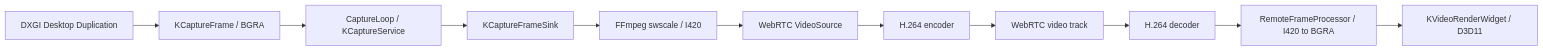
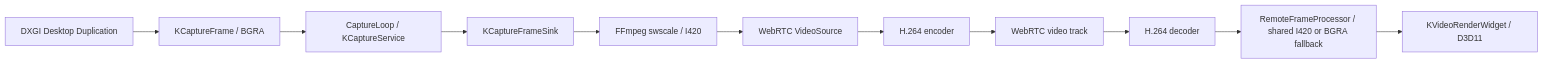
Before and after one commit to lyn-un/winRemoteControl: the diagram in docs/media/video-pipeline.md, drawn with Mermaid. The commit also changed other lines of this file and 20 other files, not shown here.

````diff
--- a/docs/media/video-pipeline.md
+++ b/docs/media/video-pipeline.md
@@ -5,13 +5,13 @@
 ```mermaid
 flowchart LR
     DXGI["DXGI Desktop Duplication"] --> BGRA["KCaptureFrame / BGRA"]
     BGRA --> LOOP["CaptureLoop / KCaptureService"]
     LOOP --> SINK["KCaptureFrameSink"]
     SINK --> I420["FFmpeg swscale / I420"]
     I420 --> SOURCE["WebRTC VideoSource"]
     SOURCE --> ENC["H.264 encoder"]
     ENC --> RTC["WebRTC video track"]
     RTC --> DEC["H.264 decoder"]
-    DEC --> PROCESS["RemoteFrameProcessor / I420 to BGRA"]
+    DEC --> PROCESS["RemoteFrameProcessor / shared I420 or BGRA fallback"]
     PROCESS --> D3D["KVideoRenderWidget / D3D11"]
 ```
````
